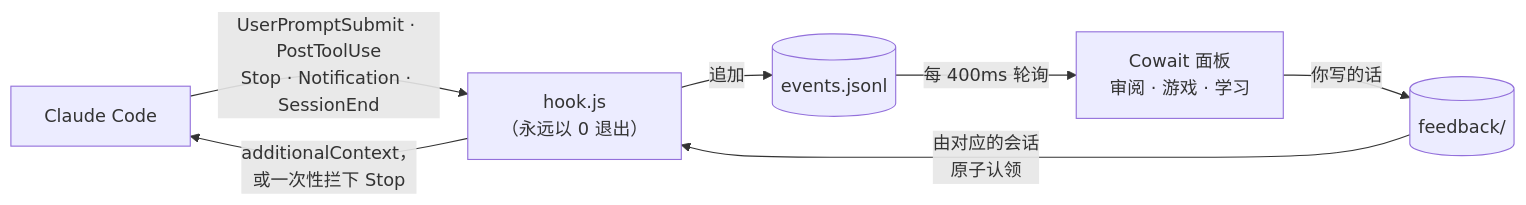
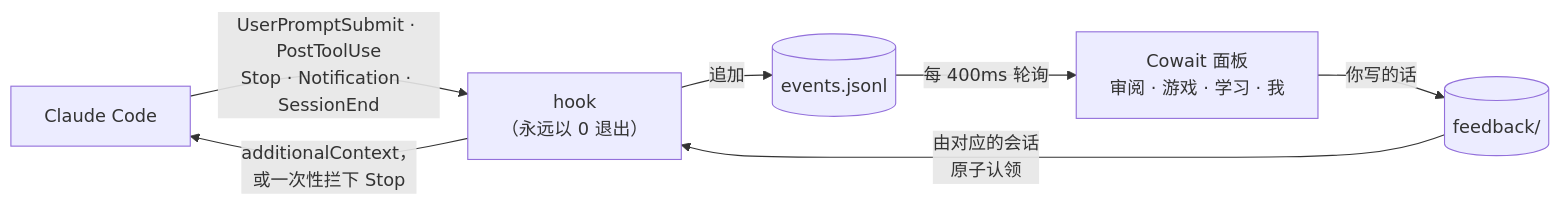
The diagram in README.zh-CN.md (JaspinXu/Cowait), drawn with Mermaid before and after one commit. The commit also changed other lines of this file and 38 other files, not shown here.

````diff
--- a/README.zh-CN.md
+++ b/README.zh-CN.md
@@ -122,9 +206,9 @@
 ```mermaid
 flowchart LR
-    CC["Claude Code"] -- "UserPromptSubmit · PostToolUse<br/>Stop · Notification · SessionEnd" --> H["hook.js<br/>（永远以 0 退出）"]
+    CC["Claude Code"] -- "UserPromptSubmit · PostToolUse<br/>Stop · Notification · SessionEnd" --> H["hook<br/>（永远以 0 退出）"]
     H -- 追加 --> L[("events.jsonl")]
-    L -- "每 400ms 轮询" --> P["Cowait 面板<br/>审阅 · 游戏 · 学习"]
+    L -- "每 400ms 轮询" --> P["Cowait 面板<br/>审阅 · 游戏 · 学习 · 我"]
     P -- "你写的话" --> Q[("feedback/")]
     Q -- "由对应的会话<br/>原子认领" --> H
     H -- "additionalContext，<br/>或一次性拦下 Stop" --> CC
 ```
````
